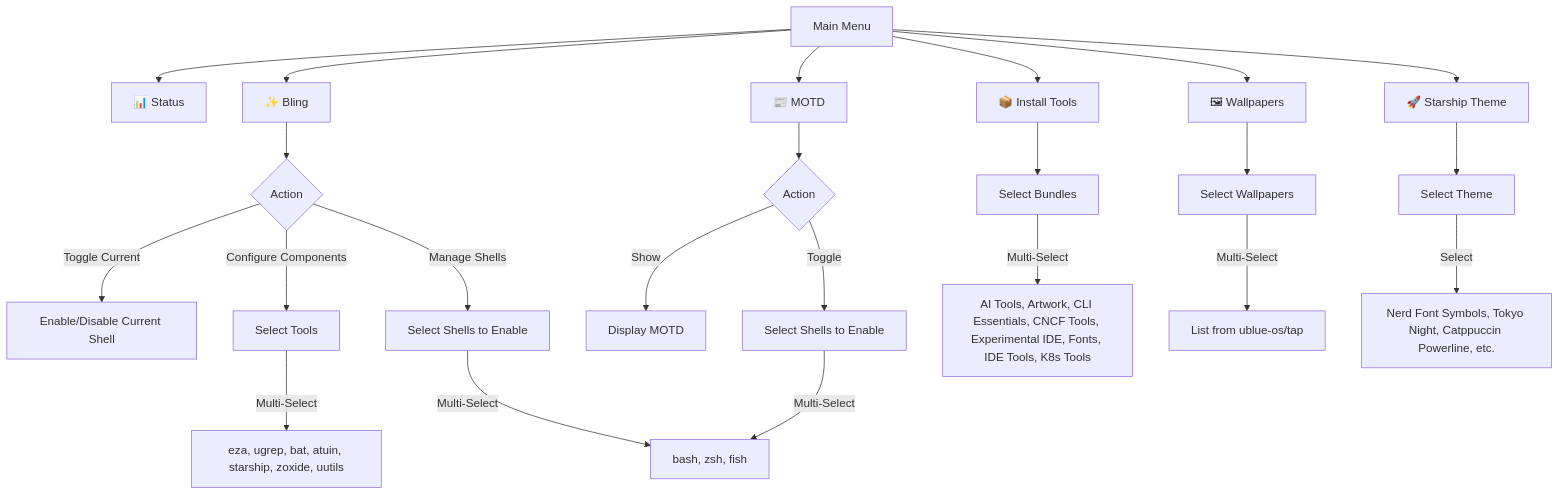
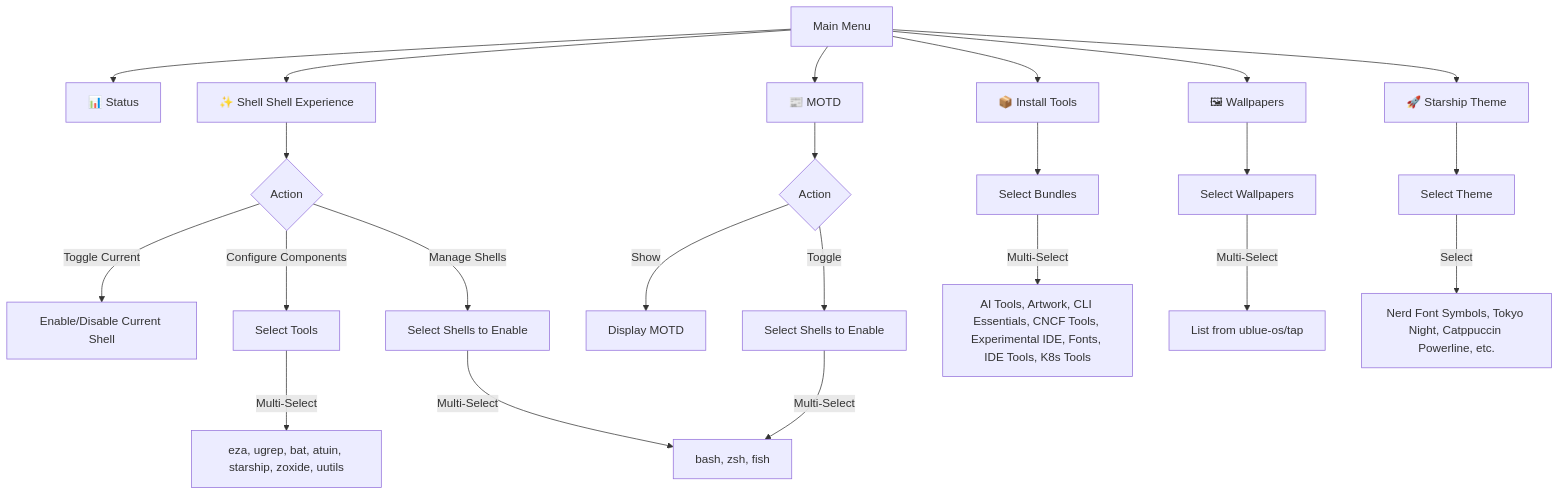
Before and after one commit to hanthor/bluefin-cli: the diagram in docs/menus.md, drawn with Mermaid. The commit also changed other lines of this file and 16 other files, not shown here.

Commit message:
refactor: Replace `bling` module with `shell` module and update related commands and documentation.

````diff
--- a/docs/menus.md
+++ b/docs/menus.md
@@ -5,32 +5,32 @@
 ```mermaid
 graph TD
     Main[Main Menu] --> Status[📊 Status]
-    Main --> Bling[✨ Bling]
+    Main --> Shell[✨ Shell Shell Experience]
     Main --> MOTD[📰 MOTD]
     Main --> Bundles[📦 Install Tools]
     Main --> Wallpapers[🖼  Wallpapers]
     Main --> Starship[🚀 Starship Theme]
 
-    Bling --> BlingAction{Action}
-    BlingAction -->|Toggle Current| BlingToggle[Enable/Disable Current Shell]
-    BlingAction -->|Configure Components| BlingComps[Select Tools]
-    BlingAction -->|Manage Shells| BlingShells[Select Shells to Enable]
+    Shell --> ShellAction{Action}
+    ShellAction -->|Toggle Current| ShellToggle[Enable/Disable Current Shell]
+    ShellAction -->|Configure Components| ShellComps[Select Tools]
+    ShellAction -->|Manage Shells| ShellShells[Select Shells to Enable]
 
-    BlingComps --> |Multi-Select| BlingToolsList[eza, ugrep, bat, atuin, starship, zoxide, uutils]
-    BlingShells --> |Multi-Select| ShellsList[bash, zsh, fish]
+    ShellComps --> |Multi-Select| ShellToolsList[eza, ugrep, bat, atuin, starship, zoxide, uutils]
+    ShellShells --> |Multi-Select| ShellsList[bash, zsh, fish]
 
     MOTD --> MOTDAction{Action}
     MOTDAction -->|Show| MOTDShow[Display MOTD]
     MOTDAction -->|Toggle| MOTDToggle[Select Shells to Enable]
 
     MOTDToggle --> |Multi-Select| ShellsList
 
     Bundles --> BundlesList[Select Bundles]
     BundlesList --> |Multi-Select| BundlesOptions[AI Tools, Artwork, CLI Essentials, CNCF Tools, Experimental IDE, Fonts, IDE Tools, K8s Tools]
 
     Wallpapers --> WallpapersList[Select Wallpapers]
     WallpapersList --> |Multi-Select| WallpaperCasks[List from ublue-os/tap]
 
     Starship --> StarshipThemes[Select Theme]
     StarshipThemes --> |Select| ThemeOptions[Nerd Font Symbols, Tokyo Night, Catppuccin Powerline, etc.]
 ```
````
